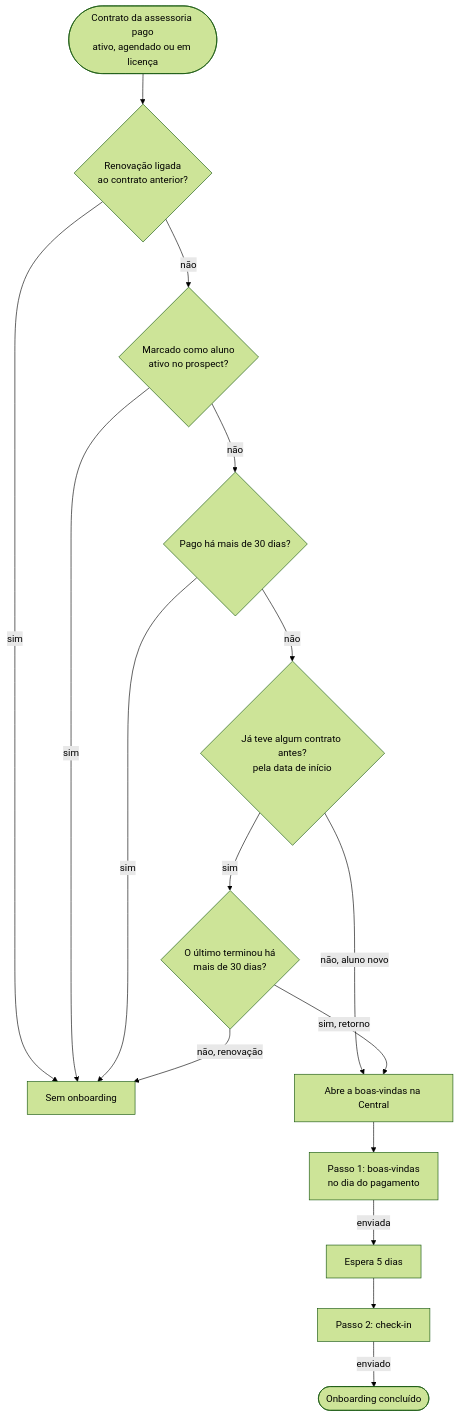
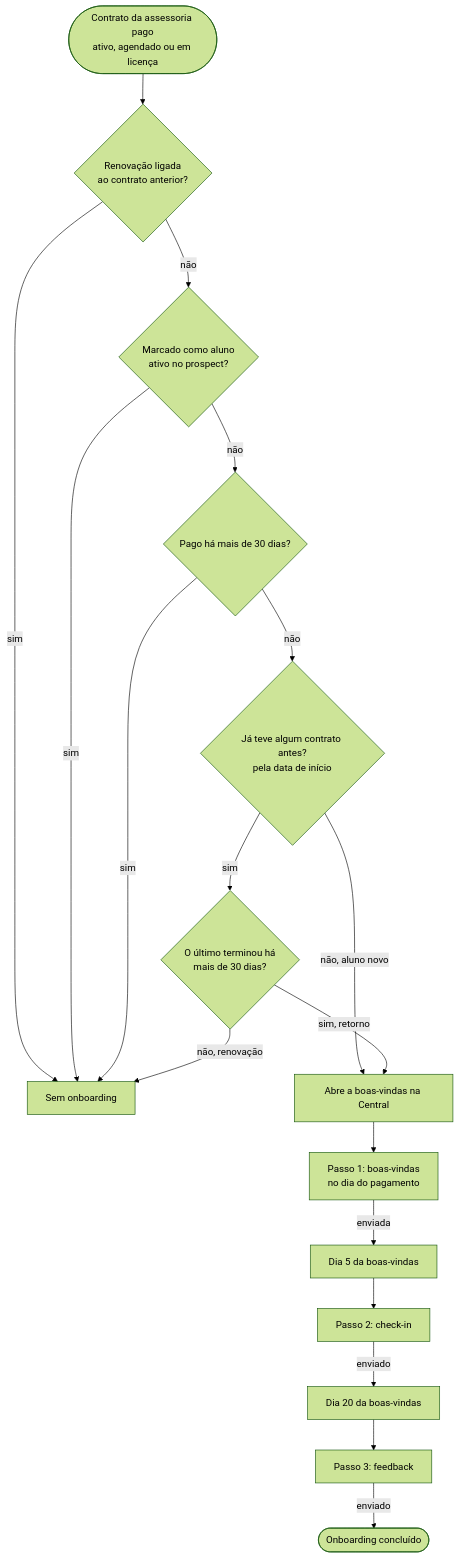
Before and after one commit to enduranceon/eon-store: the diagram in docs/fluxos-de-mensagens.md, drawn with Mermaid (forest theme). The commit also changed other lines of this file and 10 other files, not shown here.

````diff
--- a/docs/fluxos-de-mensagens.md
+++ b/docs/fluxos-de-mensagens.md
@@ -18,18 +19,20 @@
 ```mermaid
 flowchart TD
   A([Contrato da assessoria pago<br/>ativo, agendado ou em licença]) --> B{Renovação ligada<br/>ao contrato anterior?}
   B -- sim --> X[Sem onboarding]
   B -- não --> C{Marcado como aluno<br/>ativo no prospect?}
   C -- sim --> X
   C -- não --> D{Pago há mais de 30 dias?}
   D -- sim --> X
   D -- não --> E{Já teve algum contrato antes?<br/>pela data de início}
   E -- não, aluno novo --> F[Abre a boas-vindas na Central]
   E -- sim --> K{O último terminou há<br/>mais de 30 dias?}
   K -- não, renovação --> X
   K -- sim, retorno --> F
   F --> G[Passo 1: boas-vindas<br/>no dia do pagamento]
-  G -- enviada --> H[Espera 5 dias]
+  G -- enviada --> H[Dia 5 da boas-vindas]
   H --> I[Passo 2: check-in]
-  I -- enviado --> J([Onboarding concluído])
+  I -- enviado --> L[Dia 20 da boas-vindas]
+  L --> M[Passo 3: feedback]
+  M -- enviado --> J([Onboarding concluído])
 ```
````
